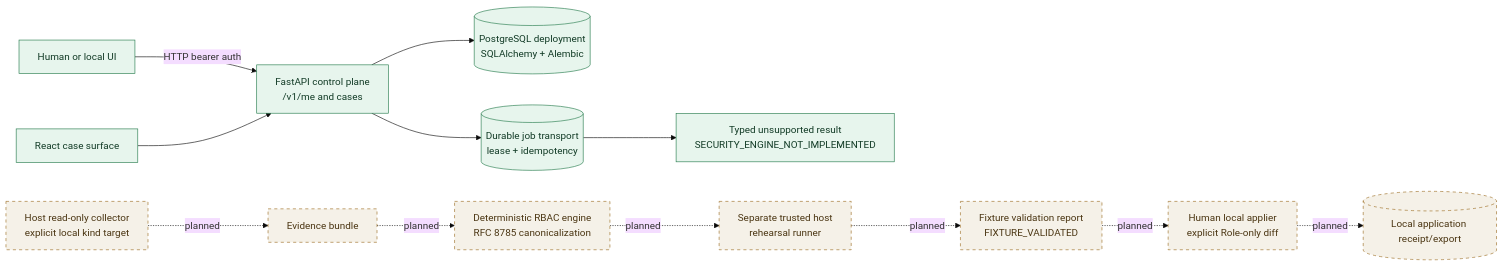
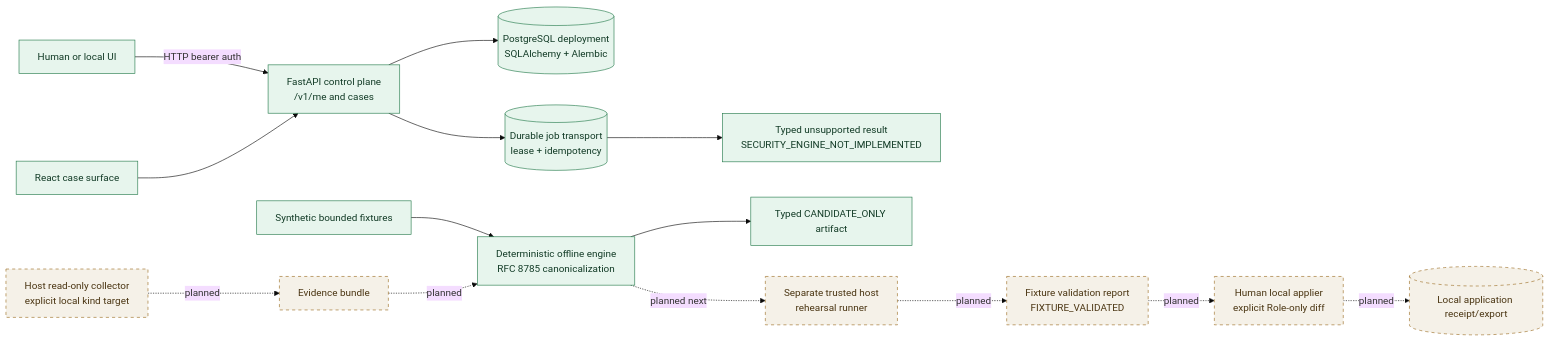
One commit to rakshit-737/counterseal changed the diagram in README.md. Above: the diagram before and after it, drawn with Mermaid (base theme). The commit also changed other lines of this file and 26 other files, not shown here.

Commit message:
feat: add deterministic offline phase 2 engine

````diff
--- a/README.md
+++ b/README.md
@@ -106,20 +113,22 @@
 ```mermaid
 flowchart LR
     U[Human or local UI] -->|HTTP bearer auth| API[FastAPI control plane\n/v1/me and cases]
     API --> DB[(PostgreSQL deployment\nSQLAlchemy + Alembic)]
     API --> Q[(Durable job transport\nlease + idempotency)]
     Q --> UNSUP[Typed unsupported result\nSECURITY_ENGINE_NOT_IMPLEMENTED]
     UI[React case surface] --> API
 
+    F[Synthetic bounded fixtures] --> X[Deterministic offline engine\nRFC 8785 canonicalization]
+    X --> D[Typed CANDIDATE_ONLY artifact]
     C[Host read-only collector\nexplicit local kind target] -. planned .-> E[Evidence bundle]
-    E -. planned .-> X[Deterministic RBAC engine\nRFC 8785 canonicalization]
-    X -. planned .-> R[Separate trusted host\nrehearsal runner]
+    E -. planned .-> X
+    X -. planned next .-> R[Separate trusted host\nrehearsal runner]
     R -. planned .-> V[Fixture validation report\nFIXTURE_VALIDATED]
     V -. planned .-> H[Human local applier\nexplicit Role-only diff]
     H -. planned .-> O[(Local application receipt/export)]
 
     classDef current fill:#e7f5ed,stroke:#247a4b,color:#123b26;
     classDef planned fill:#f5f1e8,stroke:#9a6b22,color:#4a3512,stroke-dasharray: 5 5;
-    class U,API,DB,Q,UNSUP,UI current;
-    class C,E,X,R,V,H,O planned;
+    class U,API,DB,Q,UNSUP,UI,F,X,D current;
+    class C,E,R,V,H,O planned;
 ```
````
